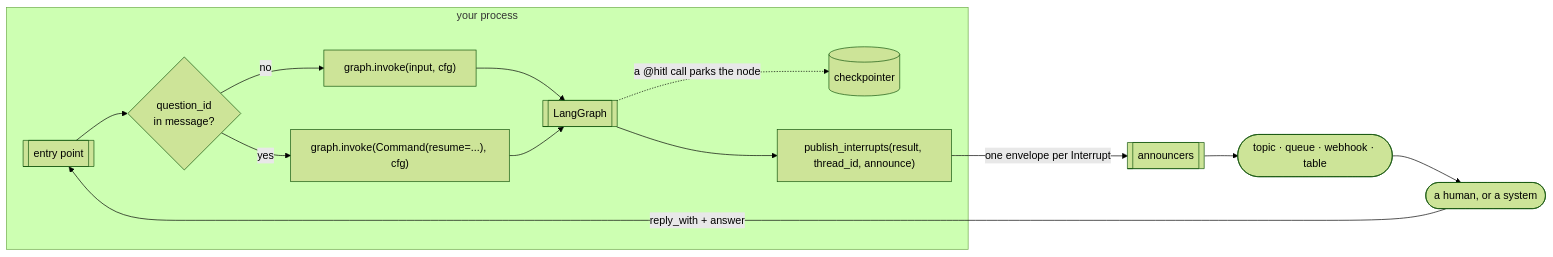
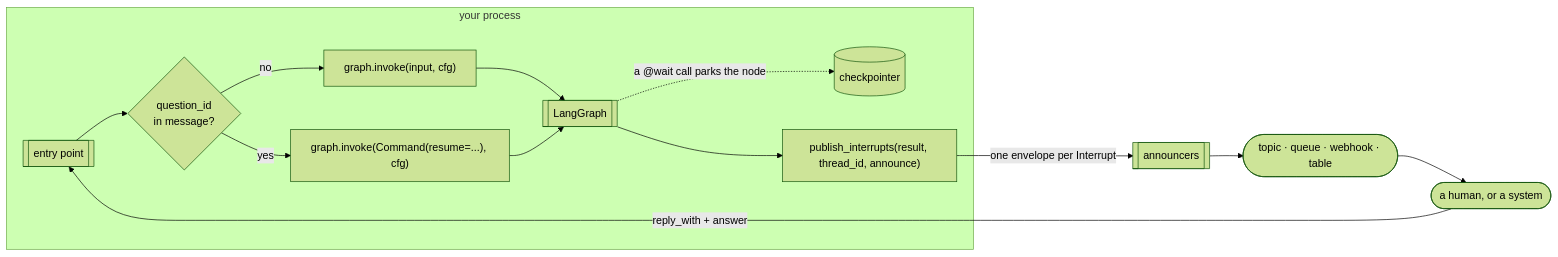
Before and after one commit to skamalj/agent-wait: the diagram in docs/architecture.md, drawn with Mermaid (forest theme). The commit also changed other lines of this file and 93 other files, not shown here.

````diff
--- a/docs/architecture.md
+++ b/docs/architecture.md
@@ -5,16 +5,16 @@
 ```mermaid
 flowchart LR
     subgraph host["your process"]
         Q[["entry point"]] --> R{"question_id<br/>in message?"}
         R -->|no| I["graph.invoke(input, cfg)"]
         R -->|yes| RS["graph.invoke(Command(resume=...), cfg)"]
         I --> G[["LangGraph"]]
         RS --> G
-        G -.->|"a @hitl call parks the node"| CP[(checkpointer)]
+        G -.->|"a @wait call parks the node"| CP[(checkpointer)]
         G --> P["publish_interrupts(result, thread_id, announce)"]
     end
     P -->|"one envelope per Interrupt"| A[["announcers"]]
     A --> W(["topic · queue · webhook · table"])
     W --> H([a human, or a system])
     H -->|"reply_with + answer"| Q
 ```
````
